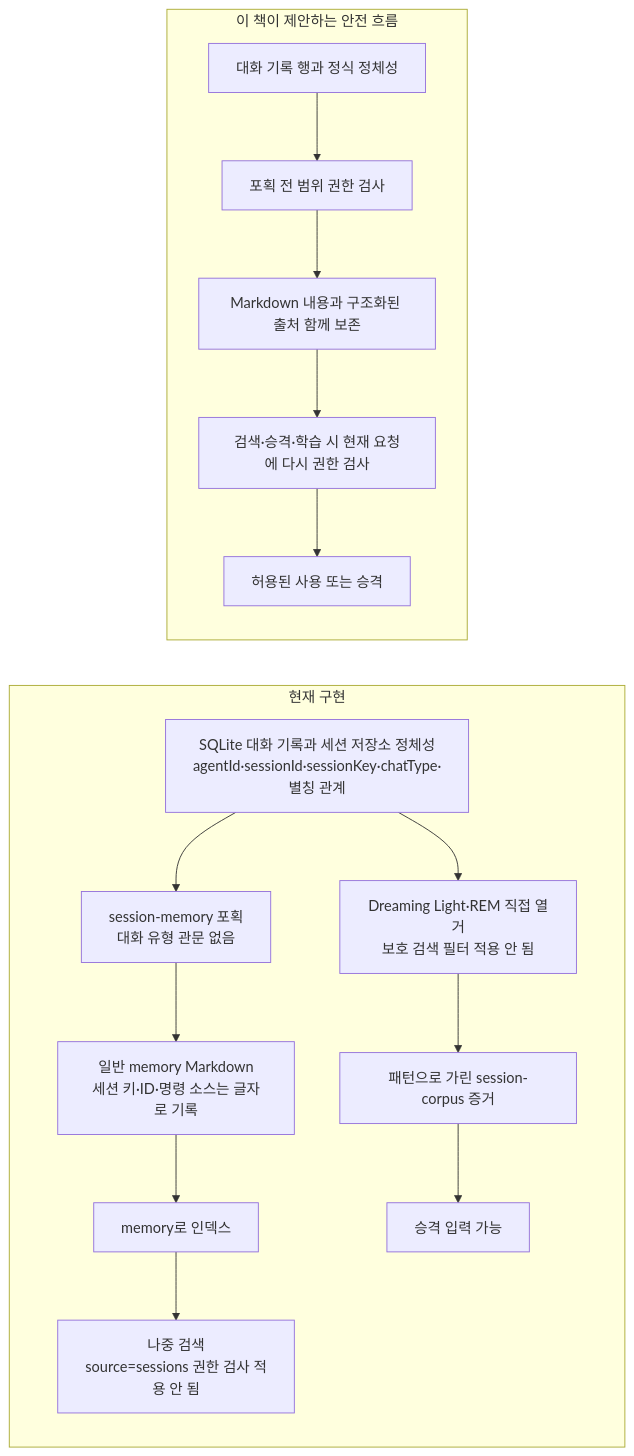
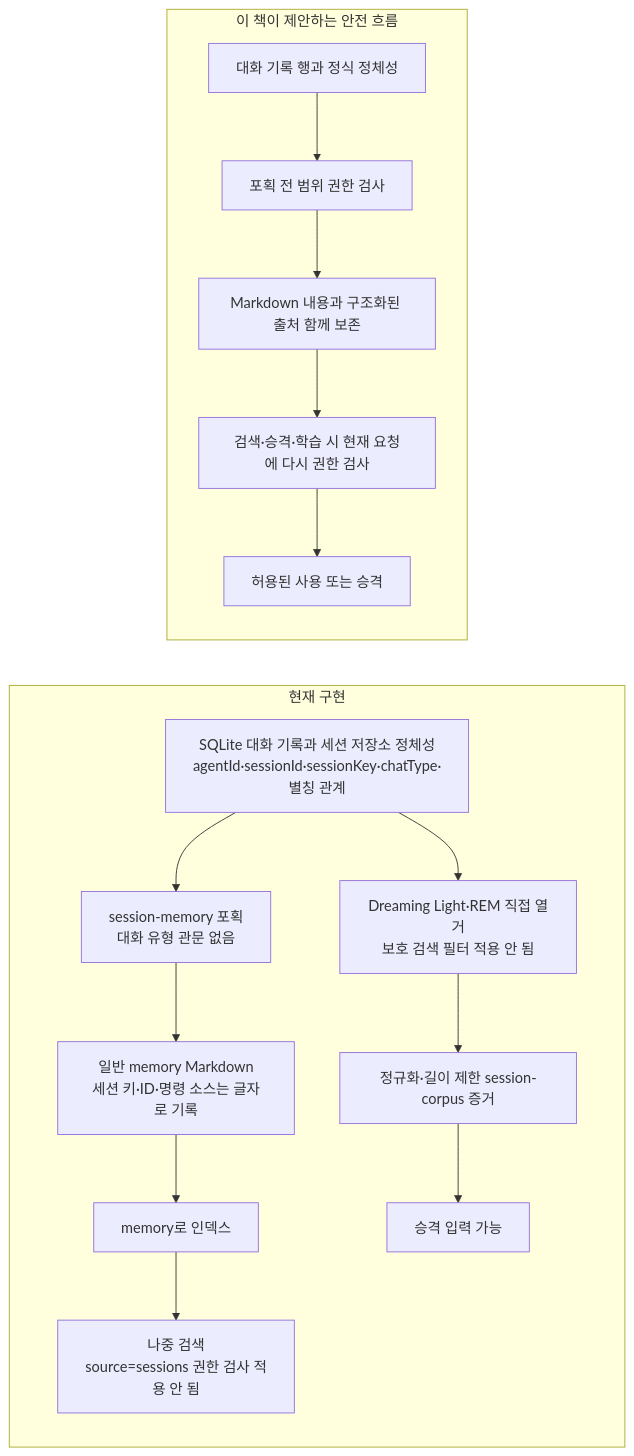
One commit to isingmodel/openclaw-memory-chronicle changed the diagram in openclaw-memory-ko/10-current-contract-gaps.md. Above: the diagram before and after it, drawn with Mermaid. The commit also changed other lines of this file and 9 other files, not shown here.

````diff
--- a/openclaw-memory-ko/10-current-contract-gaps.md
+++ b/openclaw-memory-ko/10-current-contract-gaps.md
@@ -81,20 +81,20 @@
 ```mermaid
 flowchart LR
     subgraph CURRENT[현재 구현]
         T1[SQLite 대화 기록과 세션 저장소 정체성<br/>agentId·sessionId·sessionKey·chatType·별칭 관계] --> H[session-memory 포획<br/>대화 유형 관문 없음]
         H --> N[일반 memory Markdown<br/>세션 키·ID·명령 소스는 글자로 기록]
         N --> I[memory로 인덱스]
         I --> R[나중 검색<br/>source=sessions 권한 검사 적용 안 됨]
 
         T1 --> D[Dreaming Light·REM 직접 열거<br/>보호 검색 필터 적용 안 됨]
-        D --> E[패턴으로 가린 session-corpus 증거]
+        D --> E[정규화·길이 제한 session-corpus 증거]
         E --> P[승격 입력 가능]
     end
 
     subgraph SAFE[이 책이 제안하는 안전 흐름]
         T2[대화 기록 행과 정식 정체성] --> A[포획 전 범위 권한 검사]
         A --> N2[Markdown 내용과 구조화된 출처 함께 보존]
         N2 --> A2[검색·승격·학습 시 현재 요청에 다시 권한 검사]
         A2 --> U[허용된 사용 또는 승격]
     end
 ```
````
